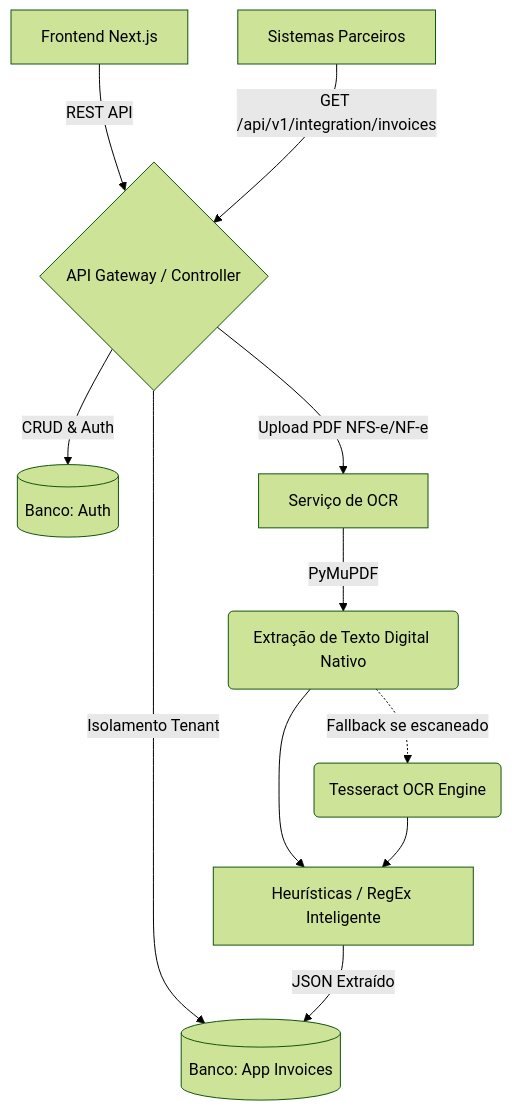
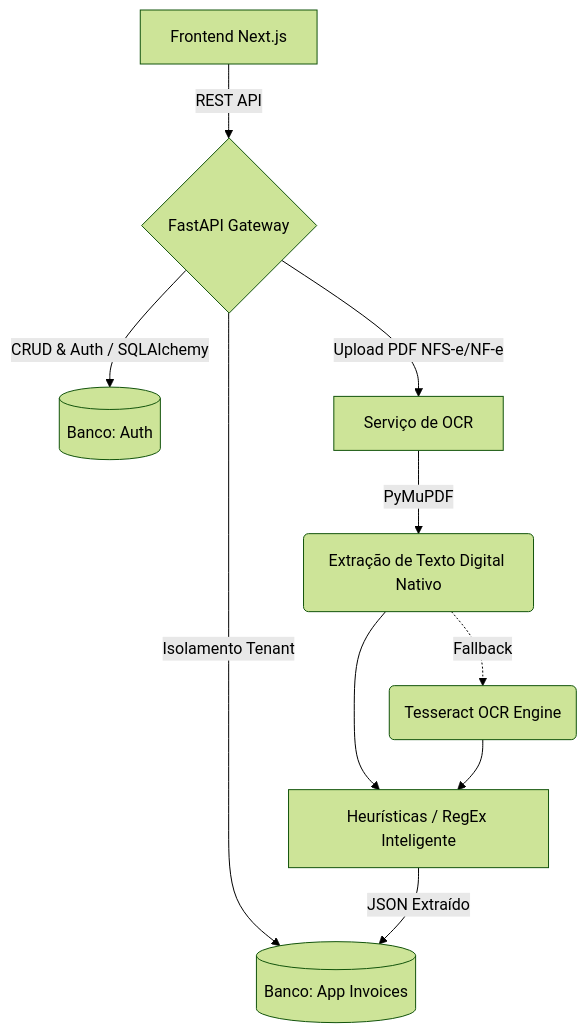
The second of 2 diagrams in README.md (Victor-Vaglieri/NFSe-Plat), drawn with Mermaid (forest theme) before and after one commit. The commit also changed other lines of this file, not shown here.

````diff
--- a/README.md
+++ b/README.md
@@ -44,15 +70,13 @@
 ```mermaid
 flowchart TD
-    UI[Frontend Next.js] --> |REST API| API{API Gateway / Controller}
-    API --> |CRUD & Auth| AuthDB[(Banco: Auth)]
+    UI[Frontend Next.js] --> |REST API| API{FastAPI Gateway}
+    API --> |CRUD & Auth / SQLAlchemy| AuthDB[(Banco: Auth)]
     API --> |Isolamento Tenant| AppDB[(Banco: App Invoices)]
     
     API --> |Upload PDF NFS-e/NF-e| OCREngine[Serviço de OCR]
     OCREngine --> |PyMuPDF| NativeText(Extração de Texto Digital Nativo)
-    NativeText -.-> |Fallback se escaneado| Tesseract(Tesseract OCR Engine)
+    NativeText -.-> |Fallback| Tesseract(Tesseract OCR Engine)
     NativeText --> Parser[Heurísticas / RegEx Inteligente]
     Tesseract --> Parser
     Parser --> |JSON Extraído| AppDB
-    
-    ERP[Sistemas Parceiros] --> |GET /api/v1/integration/invoices| API
 ```
````
